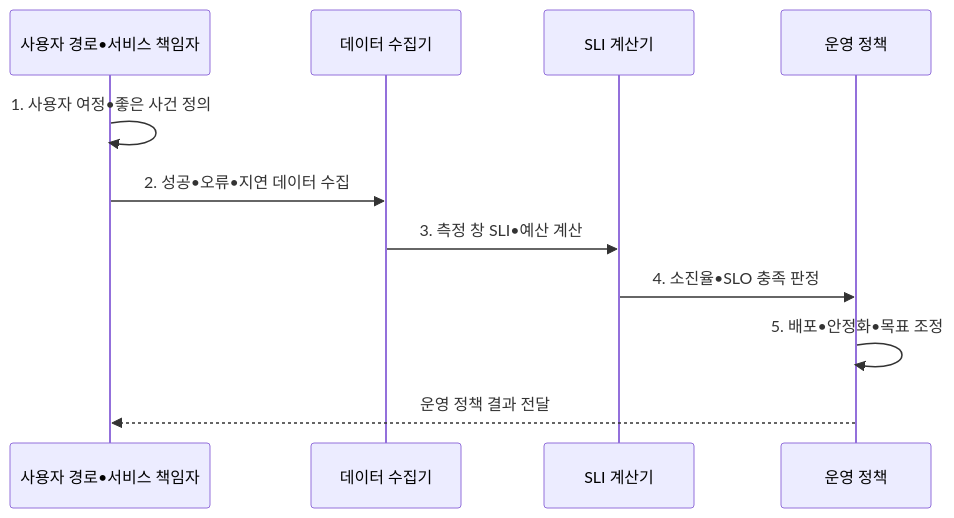
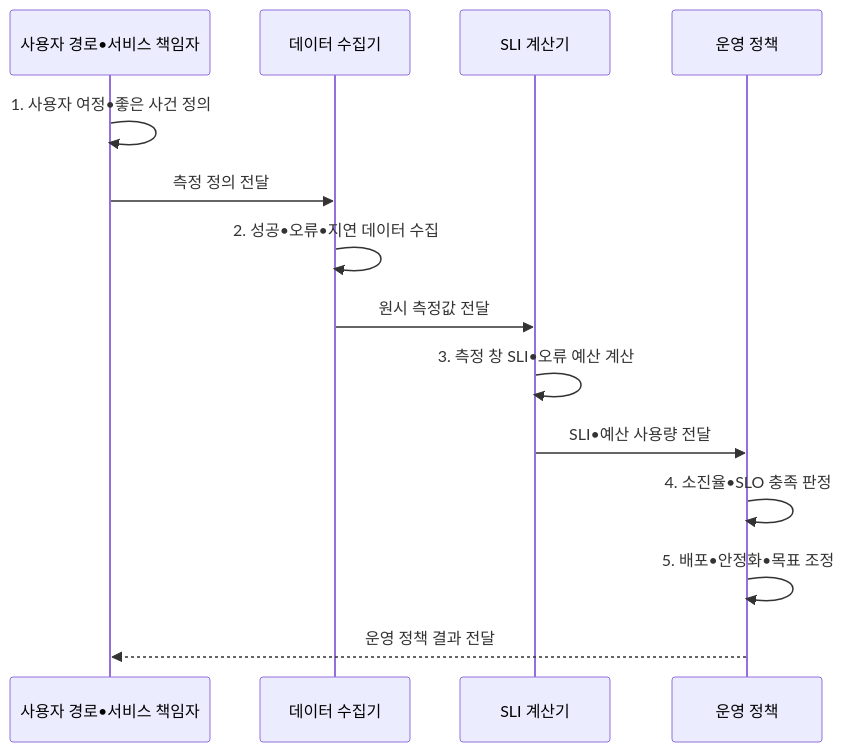
Before and after one commit to agnusdei1207/knowledge-base: the second of 2 diagrams in src/content/docs/notes/06-evaluation/015_slo_sli.md, drawn with Mermaid. The commit also changed other lines of this file and 20 other files, not shown here.

````diff
--- a/src/content/docs/notes/06-evaluation/015_slo_sli.md
+++ b/src/content/docs/notes/06-evaluation/015_slo_sli.md
@@ -98,13 +98,16 @@
 ```mermaid
 sequenceDiagram
-    participant O as 사용자 경로•서비스 책임자
+  participant O as 사용자 경로•서비스 책임자
   participant C as 데이터 수집기
   participant I as SLI 계산기
   participant P as 운영 정책
-    O->>O: 1. 사용자 여정•좋은 사건 정의
-    O->>C: 2. 성공•오류•지연 데이터 수집
-  C->>I: 3. 측정 창 SLI•예산 계산
-  I->>P: 4. 소진율•SLO 충족 판정
+  O->>O: 1. 사용자 여정•좋은 사건 정의
+  O->>C: 측정 정의 전달
+  C->>C: 2. 성공•오류•지연 데이터 수집
+  C->>I: 원시 측정값 전달
+  I->>I: 3. 측정 창 SLI•오류 예산 계산
+  I->>P: SLI•예산 사용량 전달
+  P->>P: 4. 소진율•SLO 충족 판정
   P->>P: 5. 배포•안정화•목표 조정
   P-->>O: 운영 정책 결과 전달
 ```
````
